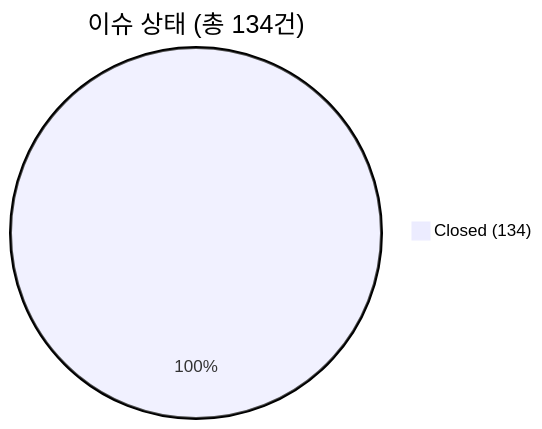
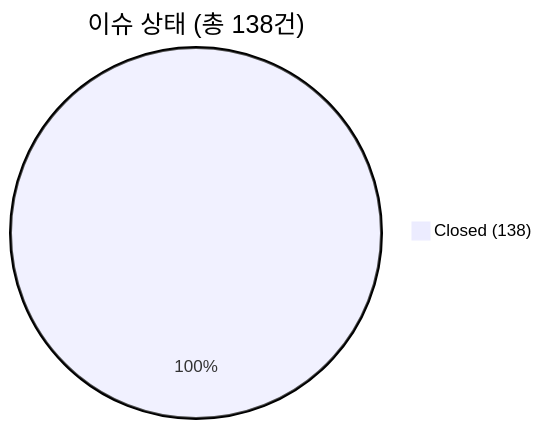
The first of 3 diagrams in README.md (holee9/MD-process), drawn with Mermaid before and after one commit. The commit also changed other lines of this file, not shown here.

````diff
--- a/README.md
+++ b/README.md
@@ -128,4 +129,4 @@
 ```mermaid
-pie title 이슈 상태 (총 134건)
-    "Closed (134)" : 134
+pie title 이슈 상태 (총 138건)
+    "Closed (138)" : 138
 ```
````
